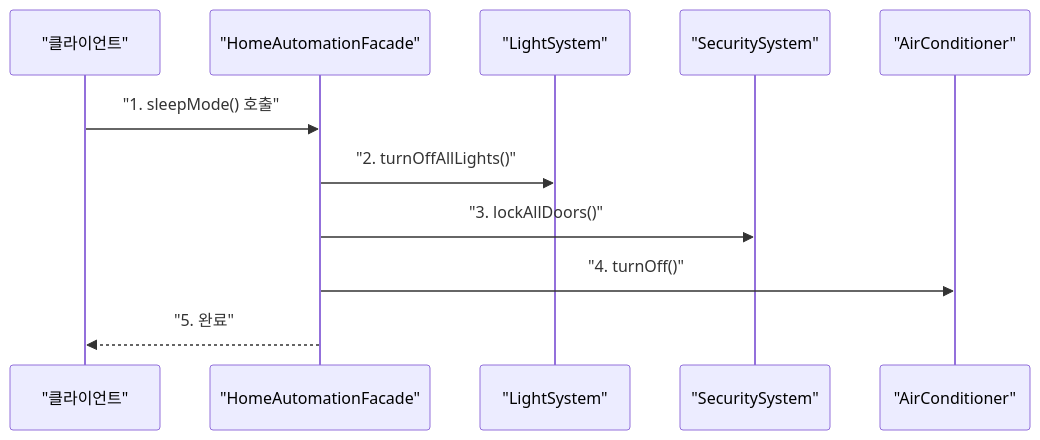
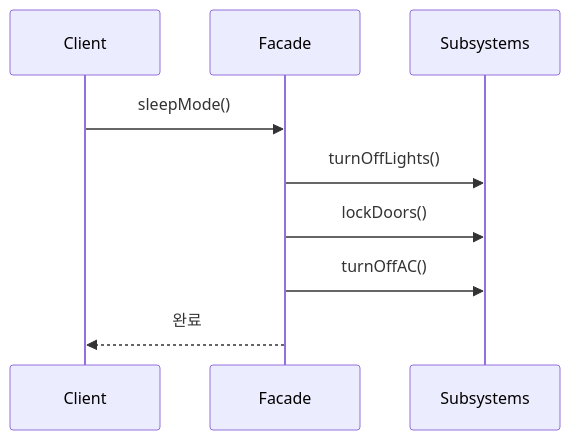
The sixth of 7 diagrams in _posts/designPattern/2022-01-25-DesignPattern.md (yjkim2015/yjkim2015.github.io), drawn with Mermaid before and after one commit. The commit also changed other lines of this file and 155 other files, not shown here.

First line of the commit message:
Mermaid 전면 수정: subgraph 제거, participant/노드/줄수 축소 (342블록)

````diff
--- a/_posts/designPattern/2022-01-25-DesignPattern.md
+++ b/_posts/designPattern/2022-01-25-DesignPattern.md
@@ -192,13 +192,11 @@
 ```mermaid
 sequenceDiagram
-    participant C as "클라이언트"
-    participant F as "HomeAutomationFacade"
-    participant L as "LightSystem"
-    participant S as "SecuritySystem"
-    participant A as "AirConditioner"
-    C->>F: "1. sleepMode() 호출"
-    F->>L: "2. turnOffAllLights()"
-    F->>S: "3. lockAllDoors()"
-    F->>A: "4. turnOff()"
-    F-->>C: "5. 완료"
+    participant C as Client
+    participant F as Facade
+    participant Sub as Subsystems
+    C->>F: sleepMode()
+    F->>Sub: turnOffLights()
+    F->>Sub: lockDoors()
+    F->>Sub: turnOffAC()
+    F-->>C: 완료
 ```
````
